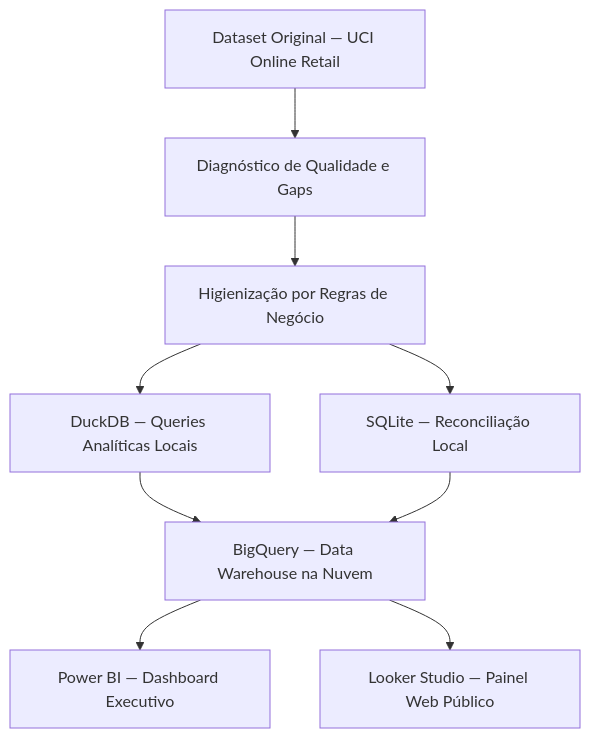
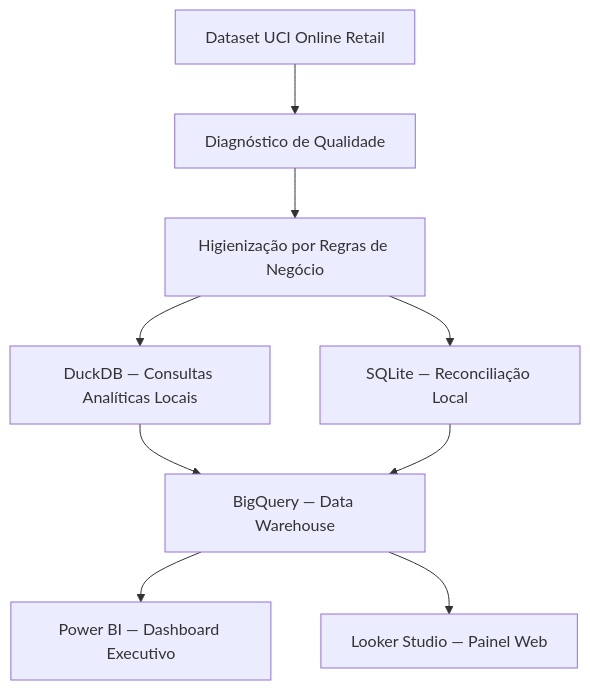
The diagram in README.md (Nayanearaujo/Retail-Performance-Analytics), drawn with Mermaid before and after one commit. The commit also changed other lines of this file, not shown here.

````diff
--- a/README.md
+++ b/README.md
@@ -68,11 +72,11 @@
 ```mermaid
 flowchart TD
-    A[Dataset Original — UCI Online Retail] --> B[Diagnóstico de Qualidade e Gaps]
+    A[Dataset UCI Online Retail] --> B[Diagnóstico de Qualidade]
     B --> C[Higienização por Regras de Negócio]
-    C --> D1[DuckDB — Queries Analíticas Locais]
+    C --> D1[DuckDB — Consultas Analíticas Locais]
     C --> D2[SQLite — Reconciliação Local]
-    D1 --> E[BigQuery — Data Warehouse na Nuvem]
+    D1 --> E[BigQuery — Data Warehouse]
     D2 --> E
     E --> F1[Power BI — Dashboard Executivo]
-    E --> F2[Looker Studio — Painel Web Público]
+    E --> F2[Looker Studio — Painel Web]
 ```
````
